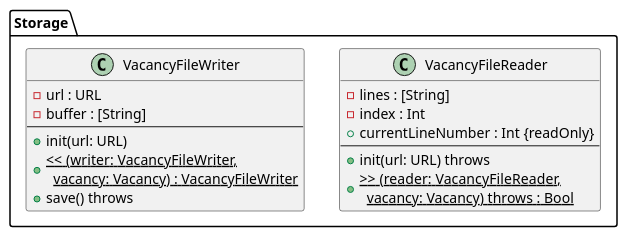
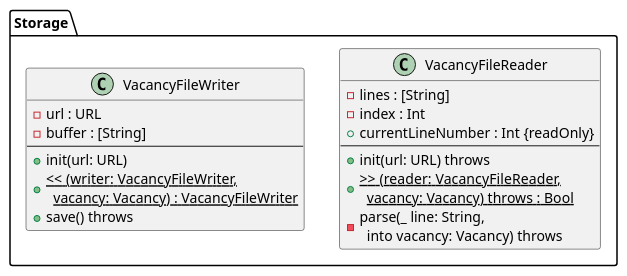
The diagram in docs/uml/2-classes/types/storage.iuml (goosedum/kursova-1), drawn with PlantUML before and after one commit. The commit also changed 6 other files, not shown here.

```diff
--- a/docs/uml/2-classes/types/storage.iuml
+++ b/docs/uml/2-classes/types/storage.iuml
@@ -1,19 +1,20 @@
 ' Шар Storage — файли. Підключається з діаграм у docs/uml/2-classes (крок 3.2). Джерело — .claude/plan/02-architecture.md §3.
 package "Storage" {
   class VacancyFileReader {
     - lines : [String]
     - index : Int
     + currentLineNumber : Int {readOnly}
     --
     + init(url: URL) throws
     + {static} >> (reader: VacancyFileReader,\n  vacancy: Vacancy) throws : Bool
+    - parse(_ line: String,\n  into vacancy: Vacancy) throws
   }
   class VacancyFileWriter {
     - url : URL
     - buffer : [String]
     --
     + init(url: URL)
     + {static} << (writer: VacancyFileWriter,\n  vacancy: Vacancy) : VacancyFileWriter
     + save() throws
   }
 }
```
